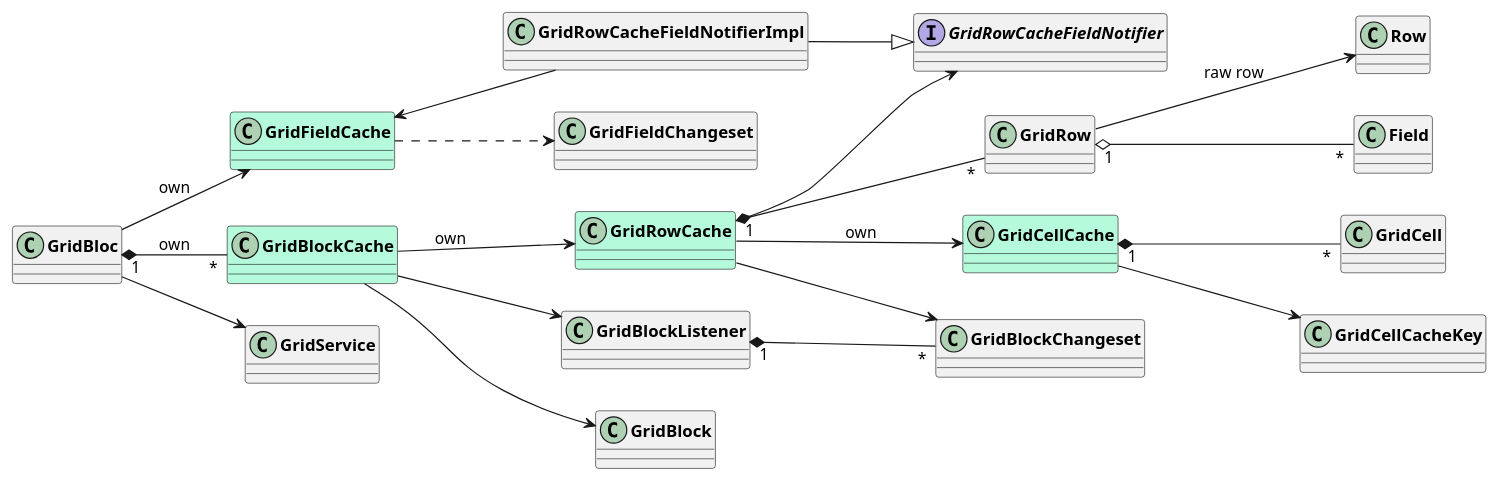
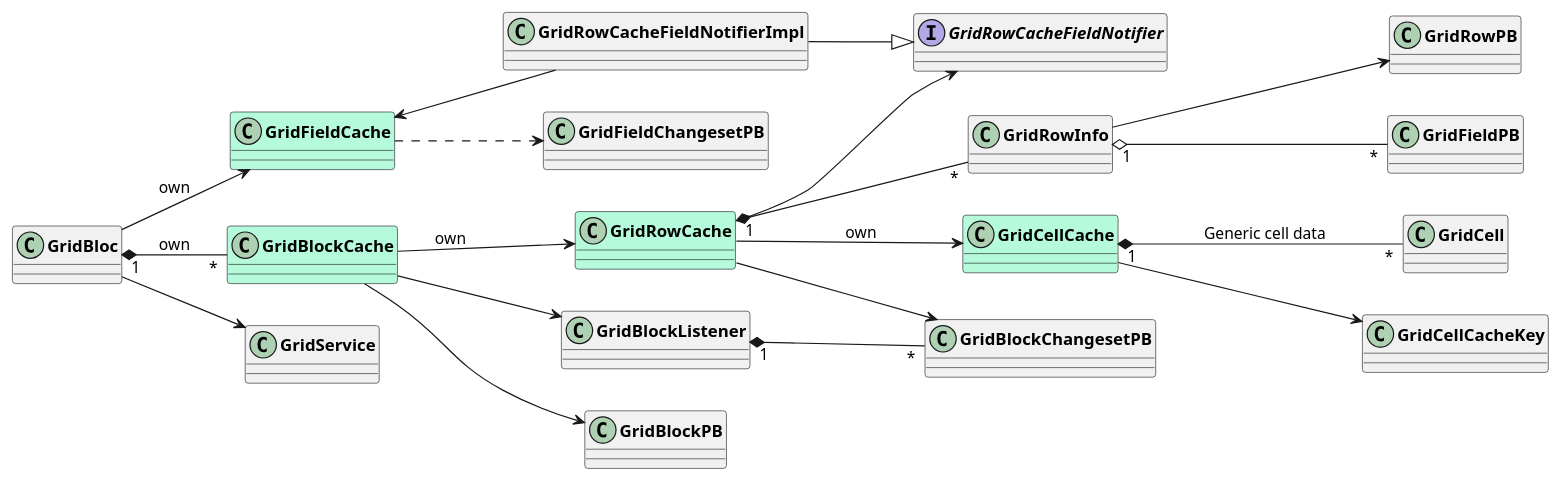
The second of 2 diagrams in uml/dart_widget/grid_data_cache.plantuml (AppFlowy-IO/AppFlowy-Docs), drawn with PlantUML before and after one commit. The commit also changed 4 other files, not shown here.

Commit message:
chore: add grid diagram

```diff
--- a/uml/dart_widget/grid_data_cache.plantuml
+++ b/uml/dart_widget/grid_data_cache.plantuml
@@ -13,44 +13,44 @@
 @startuml block/row/cell relation
 skinparam classFontStyle Bold
 skinparam ActivityBackgroundColor Silver
 skinparam ActivityBorderColor DimGray
 left to right direction
 
 interface GridRowCacheFieldNotifier
 class GridFieldCache #B6FADC
 class GridBlockCache #B6FADC
 class GridRowCache #B6FADC
 class GridCellCache #B6FADC
 
 GridBloc --> GridService
 GridBloc --> GridFieldCache: own
 GridBloc "1" *-- "*" GridBlockCache: own
 
-GridBlockCache --> GridBlock
+GridBlockCache --> GridBlockPB
 
 'FieldCache
-GridFieldCache ..> GridFieldChangeset
+GridFieldCache ..> GridFieldChangesetPB
 
 
 'Row Cache
 GridBlockCache --> GridRowCache : own
-GridRowCache --> GridBlockChangeset
+GridRowCache --> GridBlockChangesetPB
 GridRowCache --> GridCellCache: own
 GridRowCache --> GridRowCacheFieldNotifier
-GridRowCache "1" *-- "*" GridRow
-GridRow --> Row : raw row
-GridRow "1" o-- "*" Field
+GridRowCache "1" *-- "*" GridRowInfo
+GridRowInfo --> GridRowPB
+GridRowInfo "1" o-- "*" GridFieldPB
 
 
 'Cell Cache
-GridCellCache "1" *-- "*" GridCell
+GridCellCache "1" *-- "*" GridCell : Generic cell data
 GridCellCache --> GridCellCacheKey
 
 'Listener
 GridBlockCache --> GridBlockListener
-GridBlockListener "1" *-- "*" GridBlockChangeset
+GridBlockListener "1" *-- "*" GridBlockChangesetPB
 
 GridRowCacheFieldNotifierImpl -u-> GridFieldCache
 GridRowCacheFieldNotifierImpl --|> GridRowCacheFieldNotifier
 
 @enduml
```
